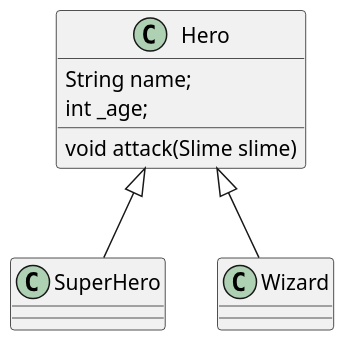
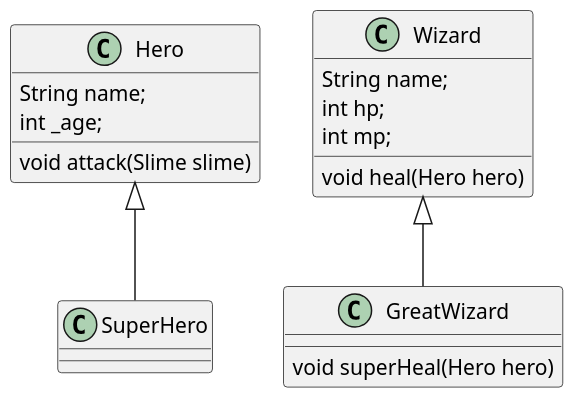
Before and after one commit to okstring/modu-3-dart-study: the diagram in lib/game/game.puml, drawn with PlantUML. The commit also changed 5 other files, not shown here.

Commit message:
feat: Wizard, GreatWizard 과제

```diff
--- a/lib/game/game.puml
+++ b/lib/game/game.puml
@@ -1,17 +1,28 @@
 @startuml
 
 scale 1.5
 
 class Hero {
     String name;
     int _age;
 
     void attack(Slime slime)
 }
 
 class SuperHero extends Hero {
 }
 
-class Wizard extends Hero
+class Wizard {
+    String name;
+    int hp;
+    int mp;
+
+    void heal(Hero hero)
+}
+
+class GreatWizard extends Wizard {
+
+    void superHeal(Hero hero)
+}
 
 @enduml
```
